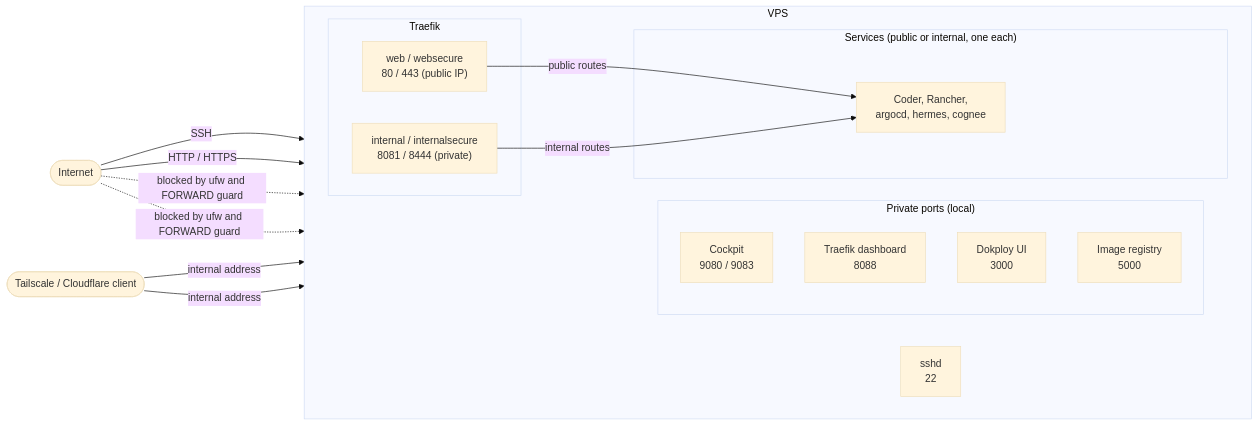
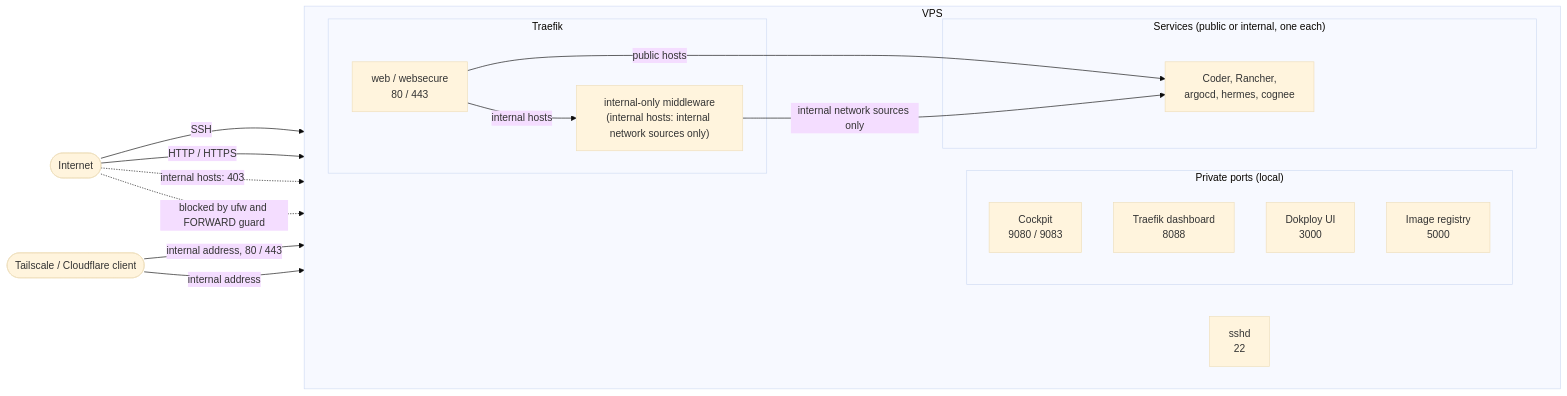
Before and after one commit to perspikapps/vps: the diagram in README.md, drawn with Mermaid (base theme). The commit also changed other lines of this file and 30 other files, not shown here.

First line of the commit message:
feat(vps-k3s): internal and public share Traefik 80/443

````diff
--- a/README.md
+++ b/README.md
@@ -133,30 +133,31 @@
 ```mermaid
 flowchart LR
     net([Internet])
     vpn([Tailscale / Cloudflare client])
     subgraph vps[VPS]
         direction LR
         ssh["sshd<br/>22"]
         subgraph traefik[Traefik]
-            pub["web / websecure<br/>80 / 443 (public IP)"]
-            int["internal / internalsecure<br/>8081 / 8444 (private)"]
+            pub["web / websecure<br/>80 / 443"]
+            mw["internal-only middleware<br/>(internal hosts: internal network sources only)"]
         end
         subgraph priv["Private ports (local)"]
             cockpit["Cockpit<br/>9080 / 9083"]
             dash["Traefik dashboard<br/>8088"]
             dokploy["Dokploy UI<br/>3000"]
             registry["Image registry<br/>5000"]
         end
         subgraph svc["Services (public or internal, one each)"]
             apps["Coder, Rancher,<br/>argocd, hermes, cognee"]
         end
     end
     net -->|"SSH"| ssh
     net -->|"HTTP / HTTPS"| pub
-    pub -->|"public routes"| apps
-    vpn -->|"internal address"| int
-    int -->|"internal routes"| apps
+    pub -->|"public hosts"| apps
+    vpn -->|"internal address, 80 / 443"| pub
+    pub -->|"internal hosts"| mw
+    mw -->|"internal network sources only"| apps
     vpn -->|"internal address"| priv
-    net -. "blocked by ufw and FORWARD guard" .-> int
+    net -. "internal hosts: 403" .-> mw
     net -. "blocked by ufw and FORWARD guard" .-> priv
 ```
````
